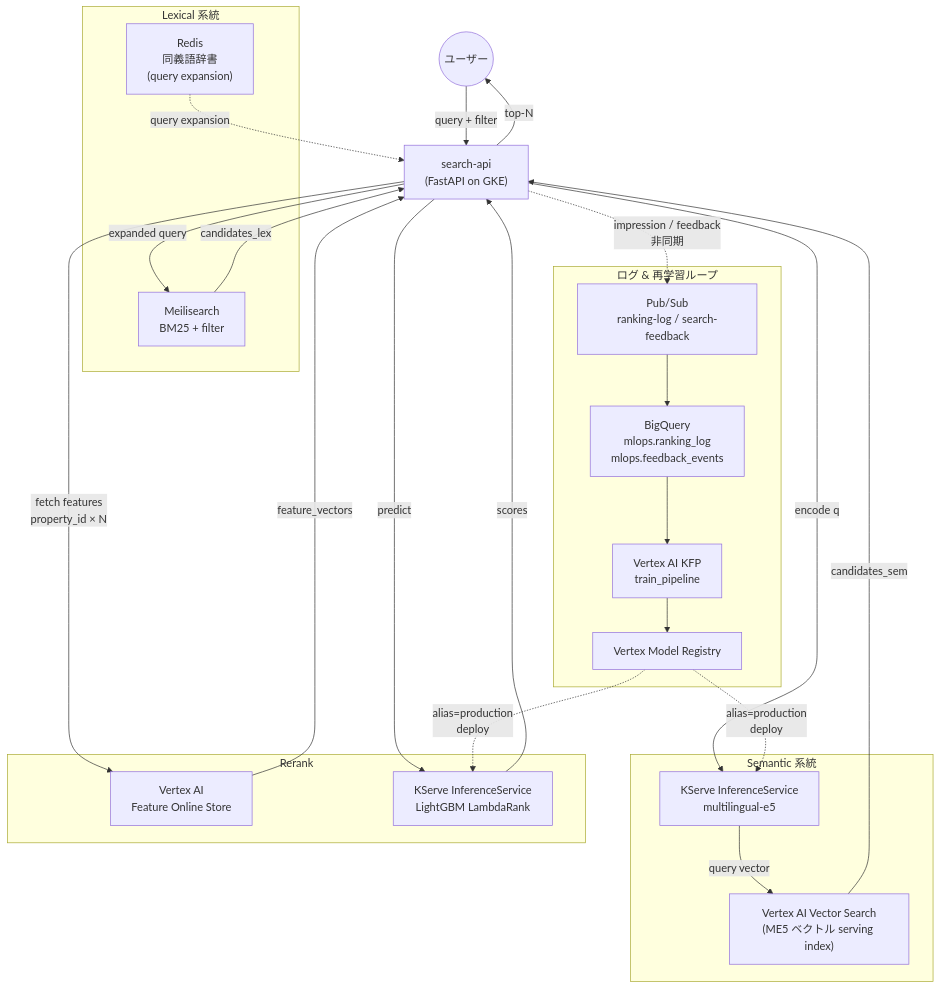
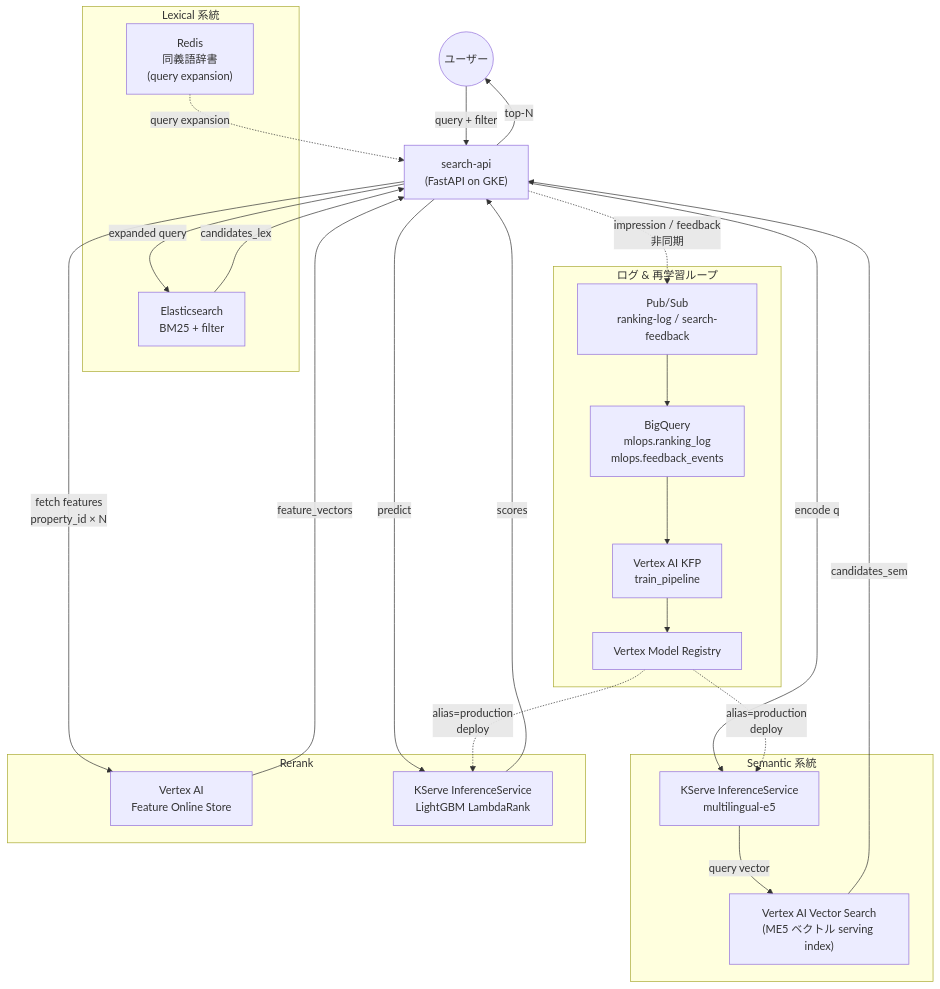
The first of 5 diagrams in docs/architecture/01_仕様と設計.md (kurosawa-kuro/study-gcp-search-mlops-gke), drawn with Mermaid before and after one commit. The commit also changed other lines of this file and 13 other files, not shown here.

````diff
--- a/docs/architecture/01_仕様と設計.md
+++ b/docs/architecture/01_仕様と設計.md
@@ -83,46 +83,46 @@
 ```mermaid
 flowchart TB
     User((ユーザー))
     API["search-api<br/>(FastAPI on GKE)"]
 
     subgraph LEX["Lexical 系統"]
-        Mei["Meilisearch<br/>BM25 + filter"]
+        Mei["Elasticsearch<br/>BM25 + filter"]
         Syn["Redis<br/>同義語辞書<br/>(query expansion)"]
     end
 
     subgraph SEM["Semantic 系統"]
         Enc["KServe InferenceService<br/>multilingual-e5"]
         VVS["Vertex AI Vector Search<br/>(ME5 ベクトル serving index)"]
     end
 
     subgraph RNK["Rerank"]
         FOS["Vertex AI<br/>Feature Online Store"]
         RR["KServe InferenceService<br/>LightGBM LambdaRank"]
     end
 
     subgraph LOG["ログ & 再学習ループ"]
         PS["Pub/Sub<br/>ranking-log / search-feedback"]
         BQL["BigQuery<br/>mlops.ranking_log<br/>mlops.feedback_events"]
         Train["Vertex AI KFP<br/>train_pipeline"]
         MR["Vertex Model Registry"]
     end
 
     User -->|query + filter| API
     Syn -.->|query expansion| API
     API -->|expanded query| Mei
     API -->|encode q| Enc
     Enc -->|query vector| VVS
     Mei -->|candidates_lex| API
     VVS -->|candidates_sem| API
     API -->|fetch features<br/>property_id × N| FOS
     FOS -->|feature_vectors| API
     API -->|predict| RR
     RR -->|scores| API
     API -->|top-N| User
     API -.->|impression / feedback<br/>非同期| PS
     PS --> BQL
     BQL --> Train
     Train --> MR
     MR -.->|alias=production<br/>deploy| RR
     MR -.->|alias=production<br/>deploy| Enc
 ```
````
